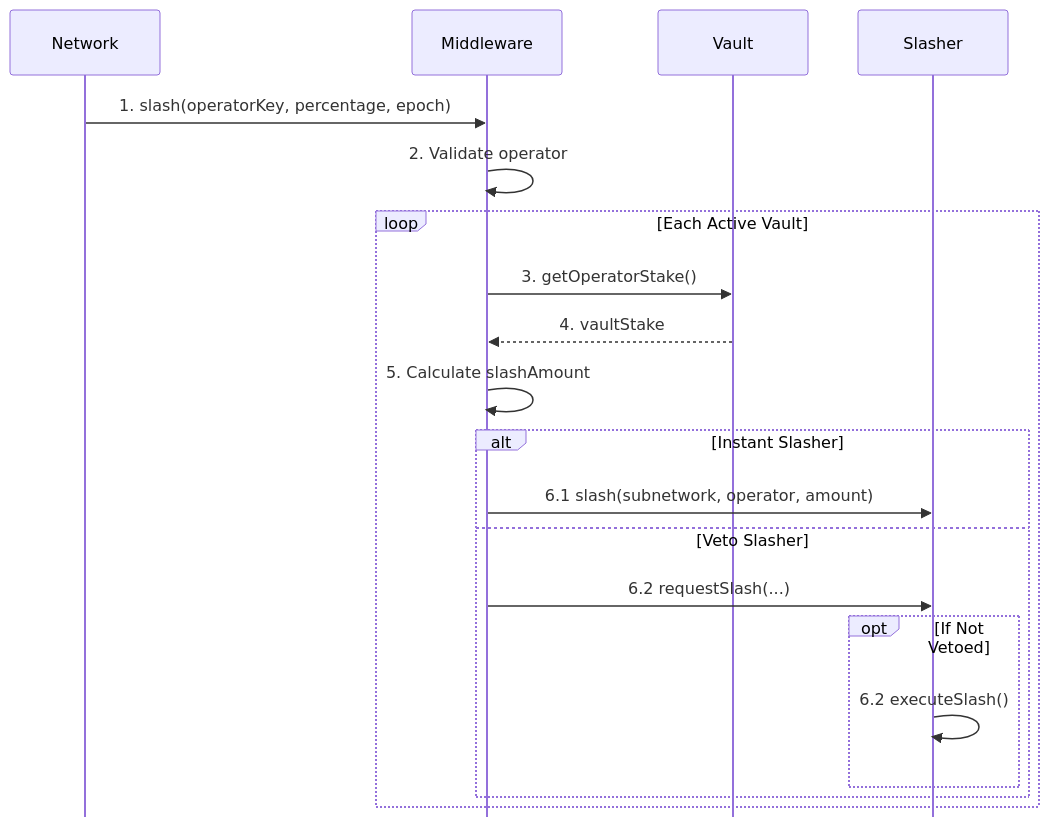
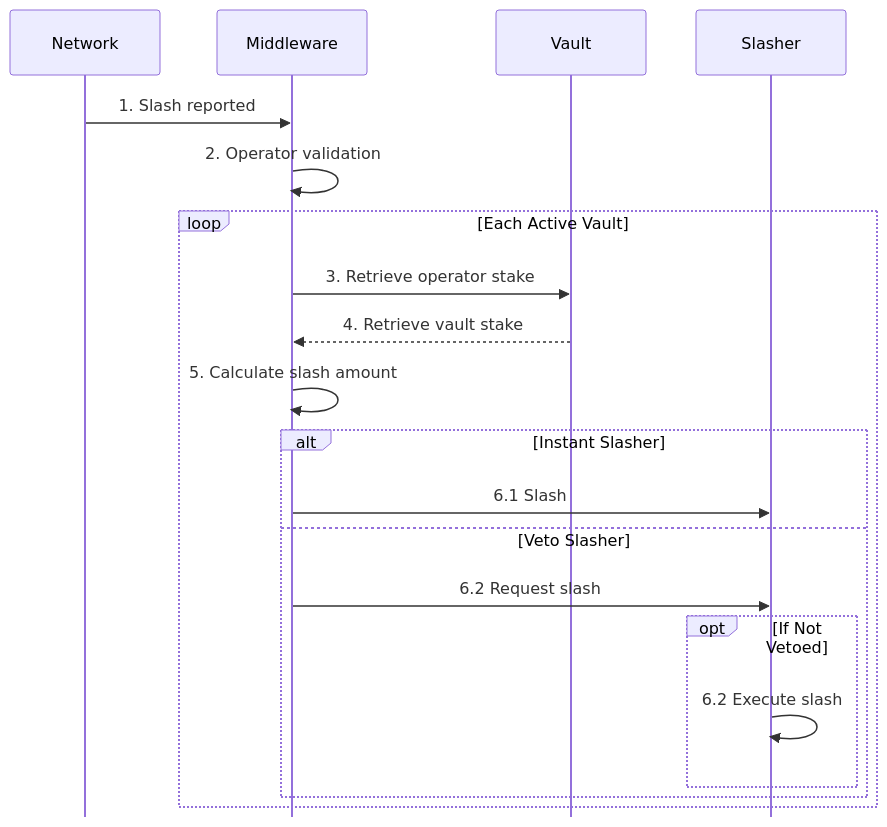
One commit to moondance-labs/tanssi-docs changed the fifth of 5 diagrams in learn/tanssi/external-security-providers/symbiotic.md. Above: the diagram before and after it, drawn with Mermaid. The commit also changed other lines of this file, not shown here.

Commit message:
chore: fix tittles and diagrams

````diff
--- a/learn/tanssi/external-security-providers/symbiotic.md
+++ b/learn/tanssi/external-security-providers/symbiotic.md
@@ -208,24 +208,24 @@
 ```mermaid
 %%{init: {'sequence': {'mirrorActors': false}}}%%
 sequenceDiagram
     participant Network
     participant Middleware
     participant Vault
     participant Slasher
     
-    Network->>Middleware: 1. slash(operatorKey, percentage, epoch)
-    Middleware->>Middleware: 2. Validate operator
+    Network->>Middleware: 1. Slash reported
+    Middleware->>Middleware: 2. Operator validation
     loop Each Active Vault
-        Middleware->>Vault: 3. getOperatorStake()
-        Vault-->>Middleware: 4. vaultStake
-        Middleware->>Middleware: 5. Calculate slashAmount
+        Middleware->>Vault: 3. Retrieve operator stake
+        Vault-->>Middleware: 4. Retrieve vault stake
+        Middleware->>Middleware: 5. Calculate slash amount
         alt Instant Slasher
-            Middleware->>Slasher: 6.1 slash(subnetwork, operator, amount)
+            Middleware->>Slasher: 6.1 Slash
         else Veto Slasher
-            Middleware->>Slasher: 6.2 requestSlash(...)
+            Middleware->>Slasher: 6.2 Request slash
             opt If Not Vetoed
-                Slasher->>Slasher: 6.2 executeSlash()
+                Slasher->>Slasher: 6.2 Execute slash
             end
         end
     end
 ```
````
